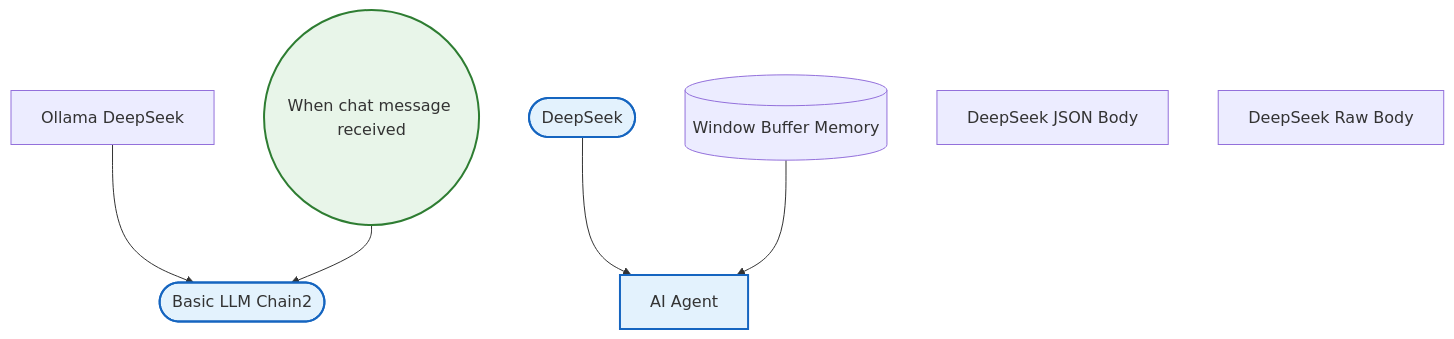
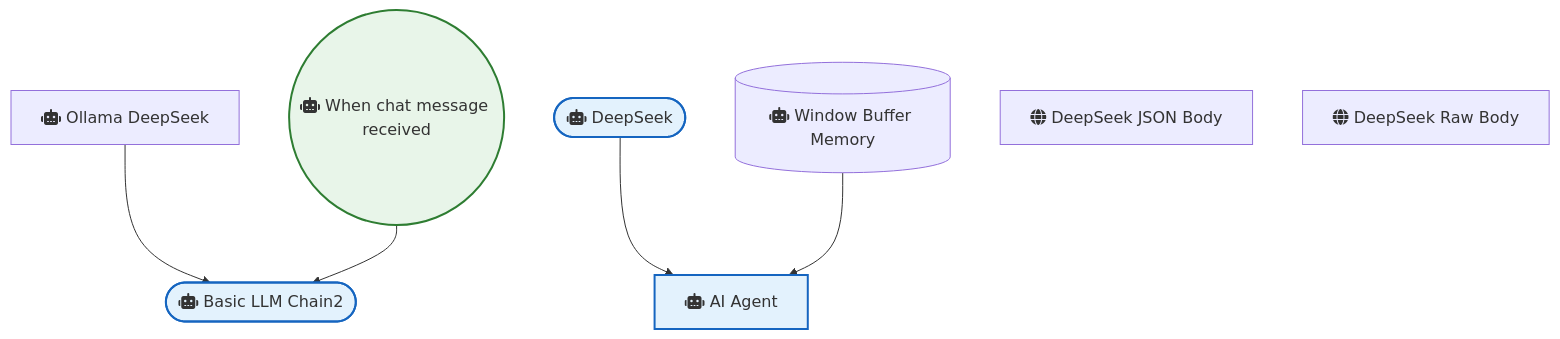
One commit to sreyash3105/N8N-DEMO-AUTOMATIONS changed the diagram in OpenAI_and_LLMs/Deepseek V3 Chat & R1 Reasoning Quick Start.md. Above: the diagram before and after it, drawn with Mermaid. The commit also changed 291 other files, not shown here.

````diff
--- a/OpenAI_and_LLMs/Deepseek V3 Chat & R1 Reasoning Quick Start.md
+++ b/OpenAI_and_LLMs/Deepseek V3 Chat & R1 Reasoning Quick Start.md
@@ -1,20 +1,20 @@
 ```mermaid
 graph TD
     classDef trigger fill:#e8f5e9,stroke:#2e7d32,stroke-width:2px;
     classDef ai fill:#e3f2fd,stroke:#1565c0,stroke-width:2px;
     classDef logic fill:#fff3e0,stroke:#ef6c00,stroke-width:2px;
 
-    When_chat_message_received(("When chat message received")):::trigger
-    AI_Agent["AI Agent"]:::ai
-    DeepSeek(["DeepSeek"]):::ai
-    Window_Buffer_Memory[("Window Buffer Memory")]
-    Basic_LLM_Chain2(["Basic LLM Chain2"]):::ai
-    Ollama_DeepSeek["Ollama DeepSeek"]
-    DeepSeek_JSON_Body["DeepSeek JSON Body"]
-    DeepSeek_Raw_Body["DeepSeek Raw Body"]
+    When_chat_message_received(("fas:fa-robot When chat message received")):::trigger
+    AI_Agent["fas:fa-robot AI Agent"]:::ai
+    DeepSeek(["fas:fa-robot DeepSeek"]):::ai
+    Window_Buffer_Memory[("fas:fa-robot Window Buffer Memory")]
+    Basic_LLM_Chain2(["fas:fa-robot Basic LLM Chain2"]):::ai
+    Ollama_DeepSeek["fas:fa-robot Ollama DeepSeek"]
+    DeepSeek_JSON_Body["fas:fa-globe DeepSeek JSON Body"]
+    DeepSeek_Raw_Body["fas:fa-globe DeepSeek Raw Body"]
 
     DeepSeek --> AI_Agent
     Ollama_DeepSeek --> Basic_LLM_Chain2
     Window_Buffer_Memory --> AI_Agent
     When_chat_message_received --> Basic_LLM_Chain2
 ```
````
